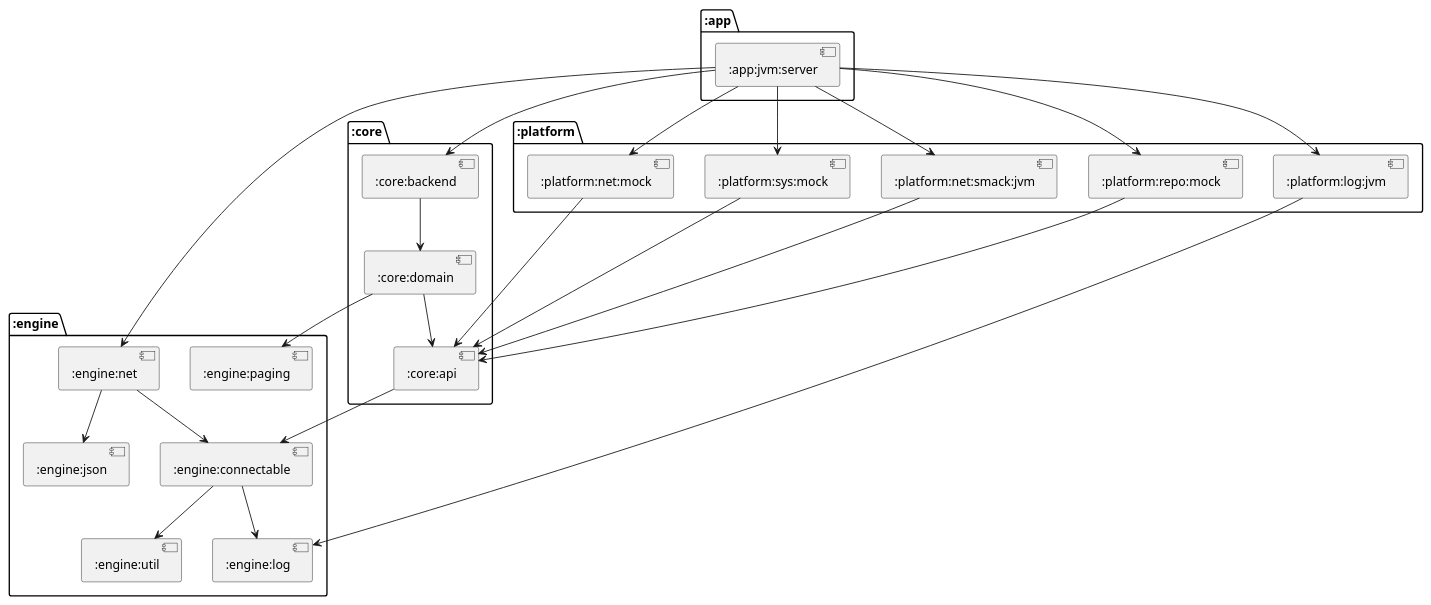
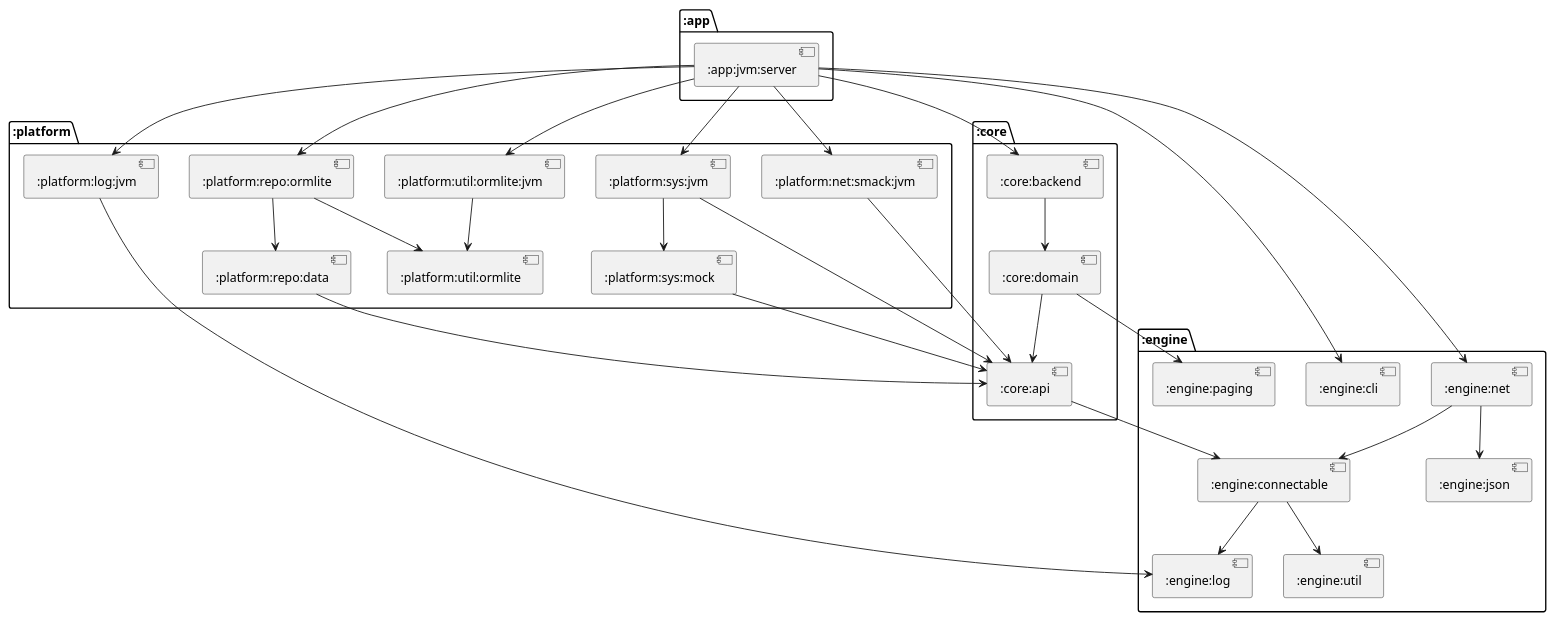
Before and after one commit to cryptopunkscc/crypton: the diagram in docs/modules/puml/:jvm:server.puml, drawn with PlantUML. The commit also changed 5 other files, not shown here.

Commit message:
chore: Update modules diagrams

```diff
--- a/docs/modules/puml/:jvm:server.puml
+++ b/docs/modules/puml/:jvm:server.puml
@@ -1,45 +1,54 @@
 @startuml
 package ":platform" {
-[:platform:repo:mock]
-[:platform:net:mock]
-[:platform:sys:mock]
+[:platform:repo:ormlite]
+[:platform:util:ormlite:jvm]
+[:platform:sys:jvm]
 [:platform:net:smack:jvm]
 [:platform:log:jvm]
-}
-package ":core" {
-[:core:backend]
-[:core:api]
-[:core:domain]
+[:platform:util:ormlite]
+[:platform:repo:data]
+[:platform:sys:mock]
 }
 package ":engine" {
+[:engine:cli]
 [:engine:net]
 [:engine:connectable]
 [:engine:util]
 [:engine:log]
 [:engine:paging]
 [:engine:json]
 }
+package ":core" {
+[:core:backend]
+[:core:api]
+[:core:domain]
+}
 package ":app" {
 [:app:jvm:server]
 }
-[:platform:repo:mock] --> [:core:api]
-[:platform:net:mock] --> [:core:api]
-[:platform:sys:mock] --> [:core:api]
+[:platform:repo:ormlite] --> [:platform:util:ormlite]
+[:platform:repo:ormlite] --> [:platform:repo:data]
+[:platform:util:ormlite:jvm] --> [:platform:util:ormlite]
+[:platform:sys:jvm] --> [:core:api]
+[:platform:sys:jvm] --> [:platform:sys:mock]
 [:platform:net:smack:jvm] --> [:core:api]
 [:core:backend] --> [:core:domain]
 [:engine:net] --> [:engine:connectable]
 [:engine:net] --> [:engine:json]
 [:platform:log:jvm] --> [:engine:log]
+[:platform:repo:data] --> [:core:api]
 [:core:api] --> [:engine:connectable]
 [:engine:connectable] --> [:engine:util]
 [:engine:connectable] --> [:engine:log]
+[:platform:sys:mock] --> [:core:api]
 [:core:domain] --> [:engine:paging]
 [:core:domain] --> [:core:api]
-[:app:jvm:server] --> [:platform:repo:mock]
-[:app:jvm:server] --> [:platform:net:mock]
-[:app:jvm:server] --> [:platform:sys:mock]
+[:app:jvm:server] --> [:platform:repo:ormlite]
+[:app:jvm:server] --> [:platform:util:ormlite:jvm]
+[:app:jvm:server] --> [:platform:sys:jvm]
 [:app:jvm:server] --> [:platform:net:smack:jvm]
+[:app:jvm:server] --> [:engine:cli]
 [:app:jvm:server] --> [:core:backend]
 [:app:jvm:server] --> [:engine:net]
 [:app:jvm:server] --> [:platform:log:jvm]
 @enduml
```
